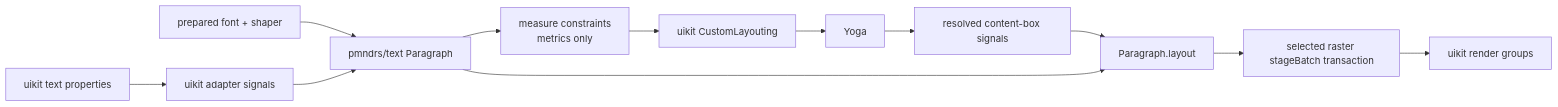
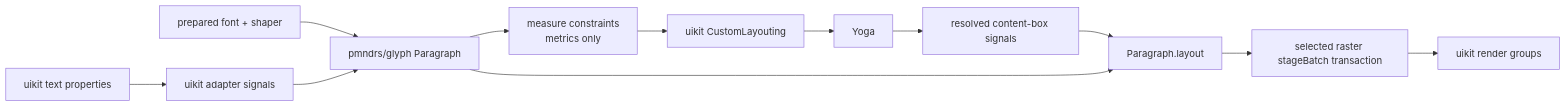
The second of 2 diagrams in docs/planning/uikit-integration.md (alvarosabu/glyph), drawn with Mermaid before and after one commit. The commit also changed other lines of this file and 782 other files, not shown here.

Commit message:
refactor!: rename text package to glyph (#78)

````diff
--- a/docs/planning/uikit-integration.md
+++ b/docs/planning/uikit-integration.md
@@ -89,13 +89,13 @@
 ```mermaid
 flowchart LR
   Props["uikit text properties"] --> Adapter["uikit adapter signals"]
-  Ready["prepared font + shaper"] --> Paragraph["pmndrs/text Paragraph"]
+  Ready["prepared font + shaper"] --> Paragraph["pmndrs/glyph Paragraph"]
   Adapter --> Paragraph
   Paragraph --> Measure["measure constraints<br/>metrics only"]
   Measure --> Custom["uikit CustomLayouting"] --> Yoga
   Yoga --> ContentBox["resolved content-box signals"]
   ContentBox --> Layout["Paragraph.layout"]
   Paragraph --> Layout
   Layout --> Batches["selected raster stageBatch transaction"]
   Batches --> uikitRoot["uikit render groups"]
 ```
````
